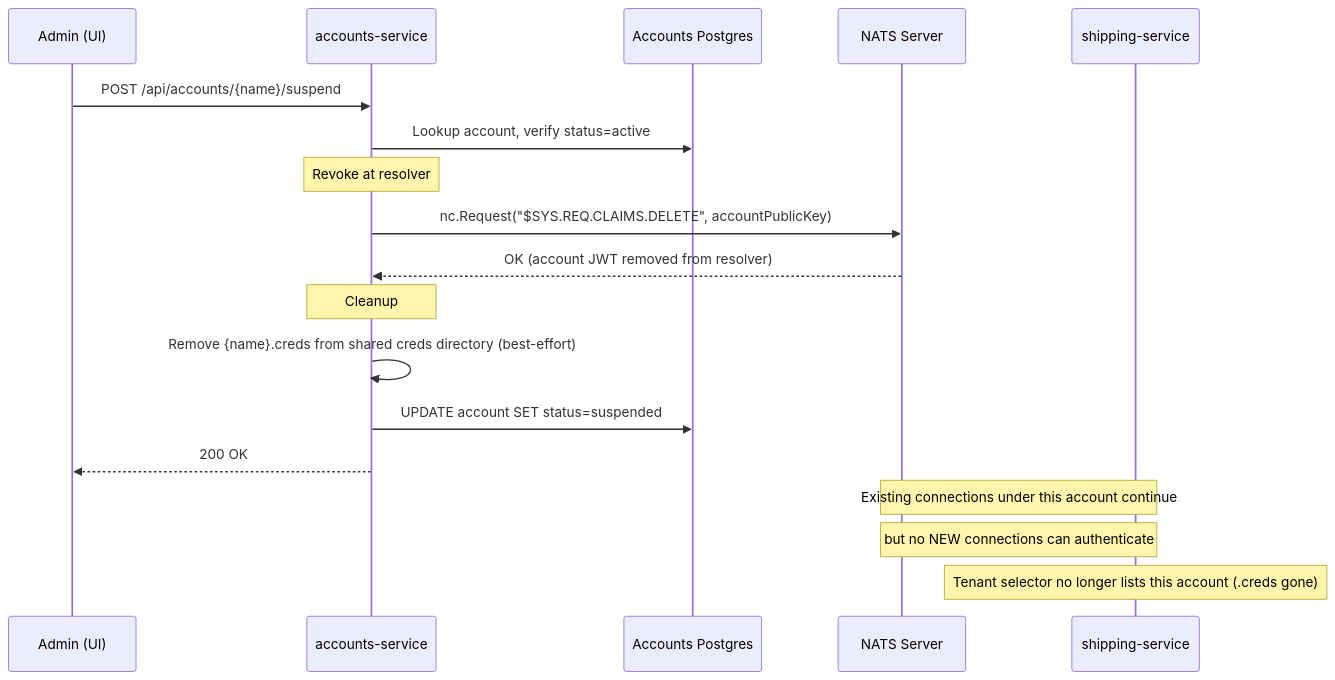
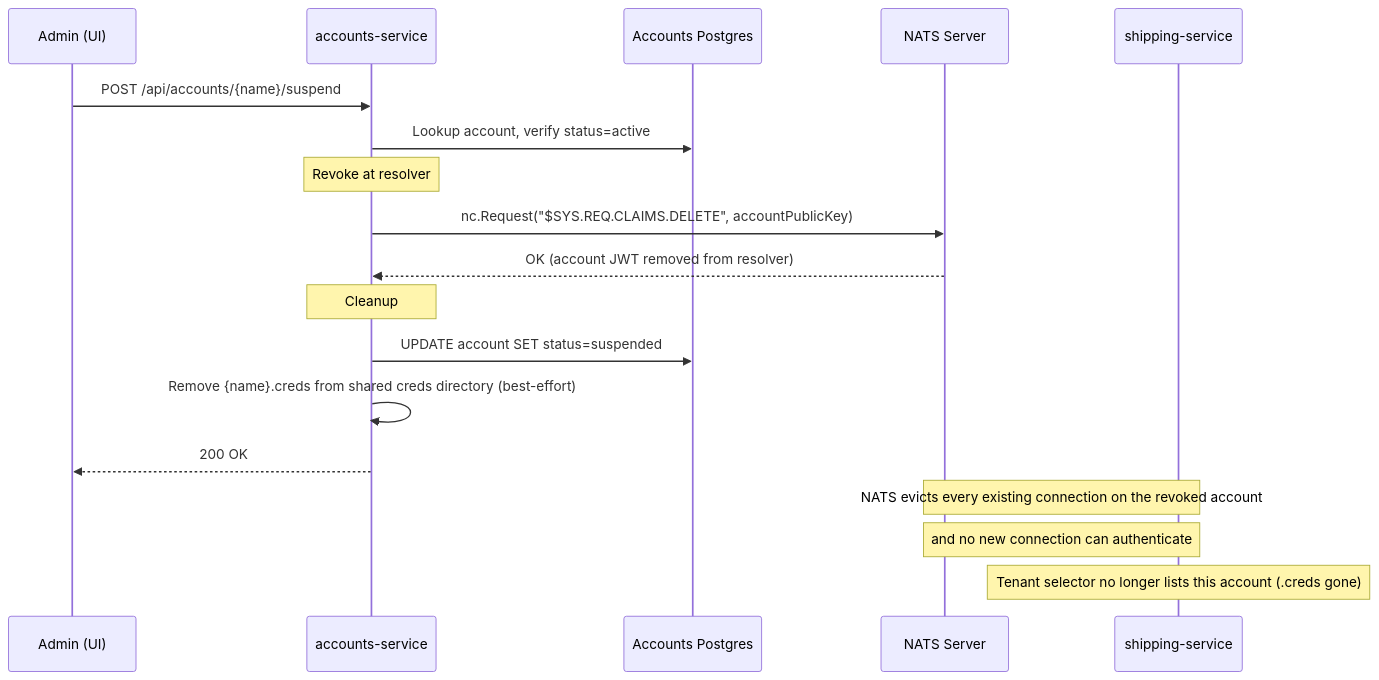
One commit to jthomas78/nats-tech-lab changed the second of 11 diagrams in obsidian/V3-Platform/Architecture/Dictionary-POC/ARCHITECTURE-ACCOUNTS.md. Above: the diagram before and after it, drawn with Mermaid. The commit also changed other lines of this file and 64 other files, not shown here.

````diff
--- a/obsidian/V3-Platform/Architecture/Dictionary-POC/ARCHITECTURE-ACCOUNTS.md
+++ b/obsidian/V3-Platform/Architecture/Dictionary-POC/ARCHITECTURE-ACCOUNTS.md
@@ -114,24 +114,24 @@
 ```mermaid
 sequenceDiagram
     participant Admin as Admin (UI)
     participant Backend as accounts-service
     participant DB as Accounts Postgres
     participant NATS as NATS Server
     participant Shipping as shipping-service
 
     Admin->>Backend: POST /api/accounts/{name}/suspend
     Backend->>DB: Lookup account, verify status=active
 
     Note over Backend: Revoke at resolver
     Backend->>NATS: nc.Request("$SYS.REQ.CLAIMS.DELETE", accountPublicKey)
     NATS-->>Backend: OK (account JWT removed from resolver)
 
     Note over Backend: Cleanup
+    Backend->>DB: UPDATE account SET status=suspended
     Backend->>Backend: Remove {name}.creds from shared creds directory (best-effort)
-    Backend->>DB: UPDATE account SET status=suspended
     Backend-->>Admin: 200 OK
 
-    Note over Shipping,NATS: Existing connections under this account continue
-    Note over Shipping,NATS: but no NEW connections can authenticate
+    Note over Shipping,NATS: NATS evicts every existing connection on the revoked account
+    Note over Shipping,NATS: and no new connection can authenticate
     Note over Shipping: Tenant selector no longer lists this account (.creds gone)
 ```
````
